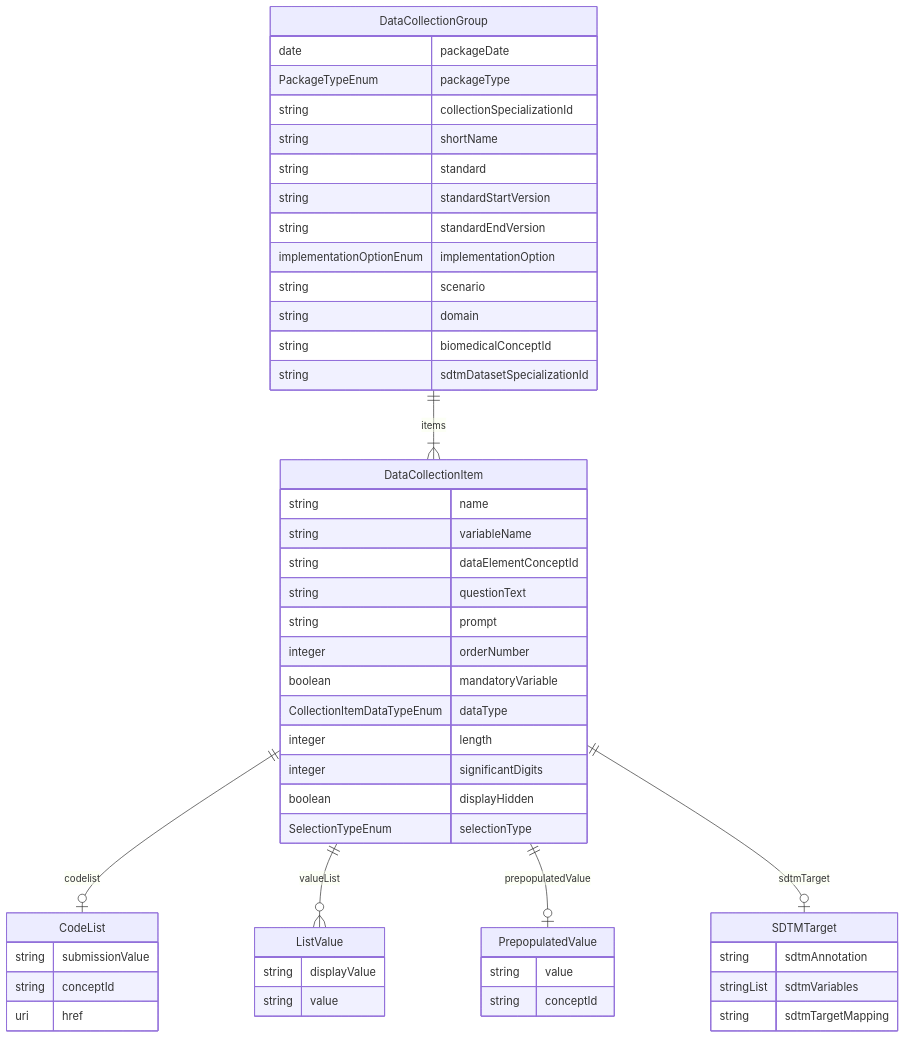
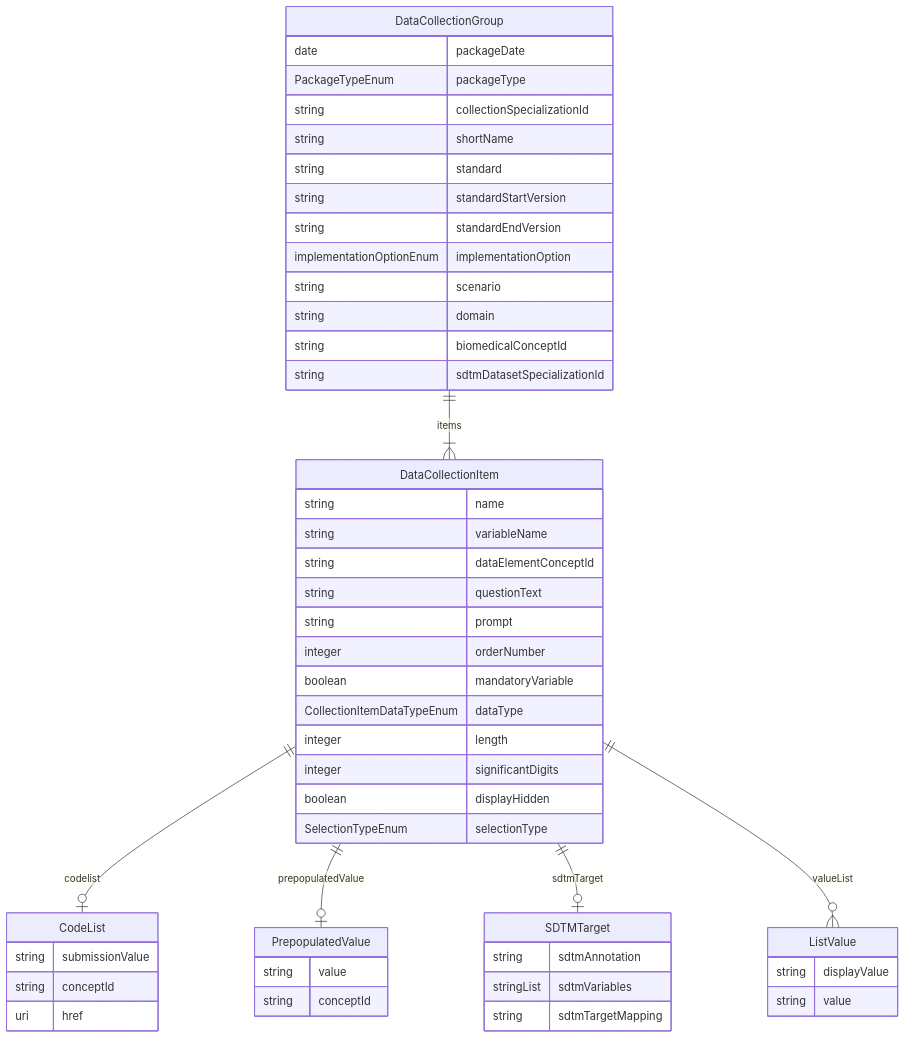
The diagram in model/cosmos_collection_bc_model.md (cdisc-org/COSMoS), drawn with Mermaid before and after one commit. The commit also changed other lines of this file and 402 other files, not shown here.

````diff
--- a/model/cosmos_collection_bc_model.md
+++ b/model/cosmos_collection_bc_model.md
@@ -1,56 +1,56 @@
 ```mermaid
 erDiagram
+CodeList {
+    string submissionValue  
+    string conceptId  
+    uri href  
+}
 DataCollectionGroup {
     date packageDate  
     PackageTypeEnum packageType  
     string collectionSpecializationId  
     string shortName  
     string standard  
     string standardStartVersion  
     string standardEndVersion  
     implementationOptionEnum implementationOption  
     string scenario  
     string domain  
     string biomedicalConceptId  
     string sdtmDatasetSpecializationId  
 }
 DataCollectionItem {
     string name  
     string variableName  
     string dataElementConceptId  
     string questionText  
     string prompt  
     integer orderNumber  
     boolean mandatoryVariable  
     CollectionItemDataTypeEnum dataType  
     integer length  
     integer significantDigits  
     boolean displayHidden  
     SelectionTypeEnum selectionType  
 }
 ListValue {
     string displayValue  
     string value  
 }
 PrepopulatedValue {
     string value  
     string conceptId  
 }
-CodeList {
-    string submissionValue  
-    string conceptId  
-    uri href  
-}
 SDTMTarget {
     string sdtmAnnotation  
     stringList sdtmVariables  
     string sdtmTargetMapping  
 }
 
 DataCollectionGroup ||--}| DataCollectionItem : "items"
 DataCollectionItem ||--|o CodeList : "codelist"
-DataCollectionItem ||--}o ListValue : "valueList"
 DataCollectionItem ||--|o PrepopulatedValue : "prepopulatedValue"
 DataCollectionItem ||--|o SDTMTarget : "sdtmTarget"
+DataCollectionItem ||--}o ListValue : "valueList"
 
 ```
````
